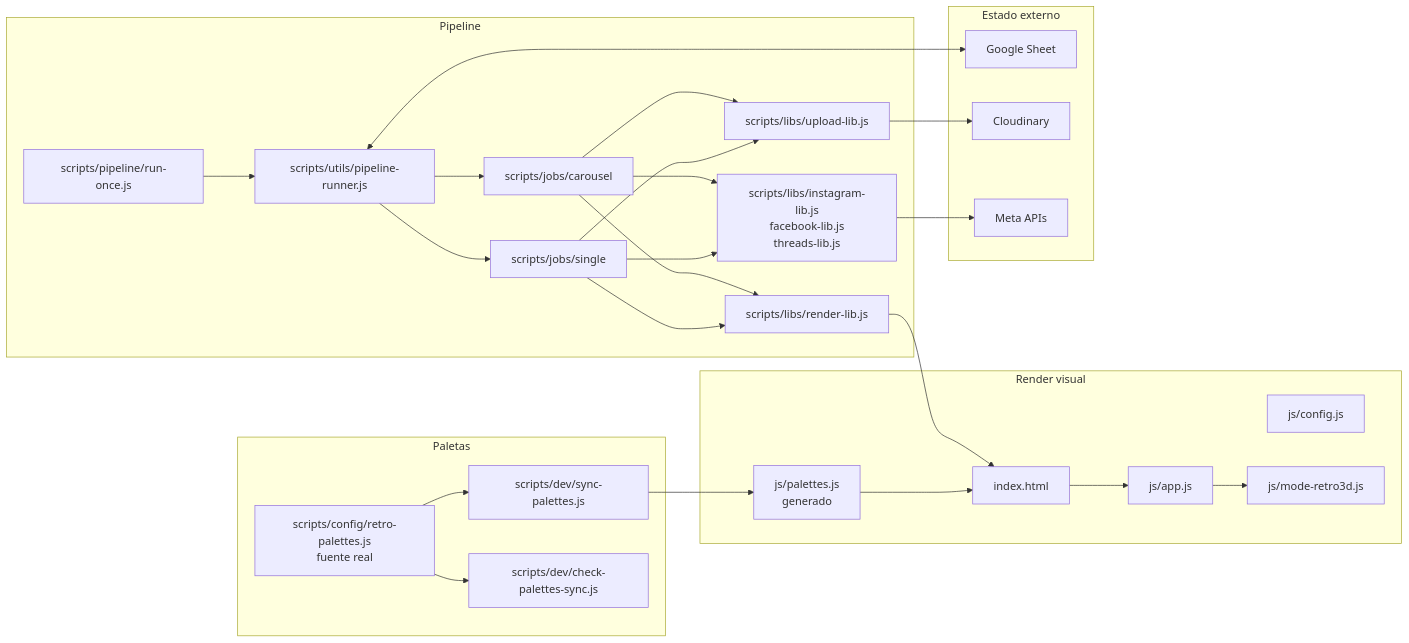
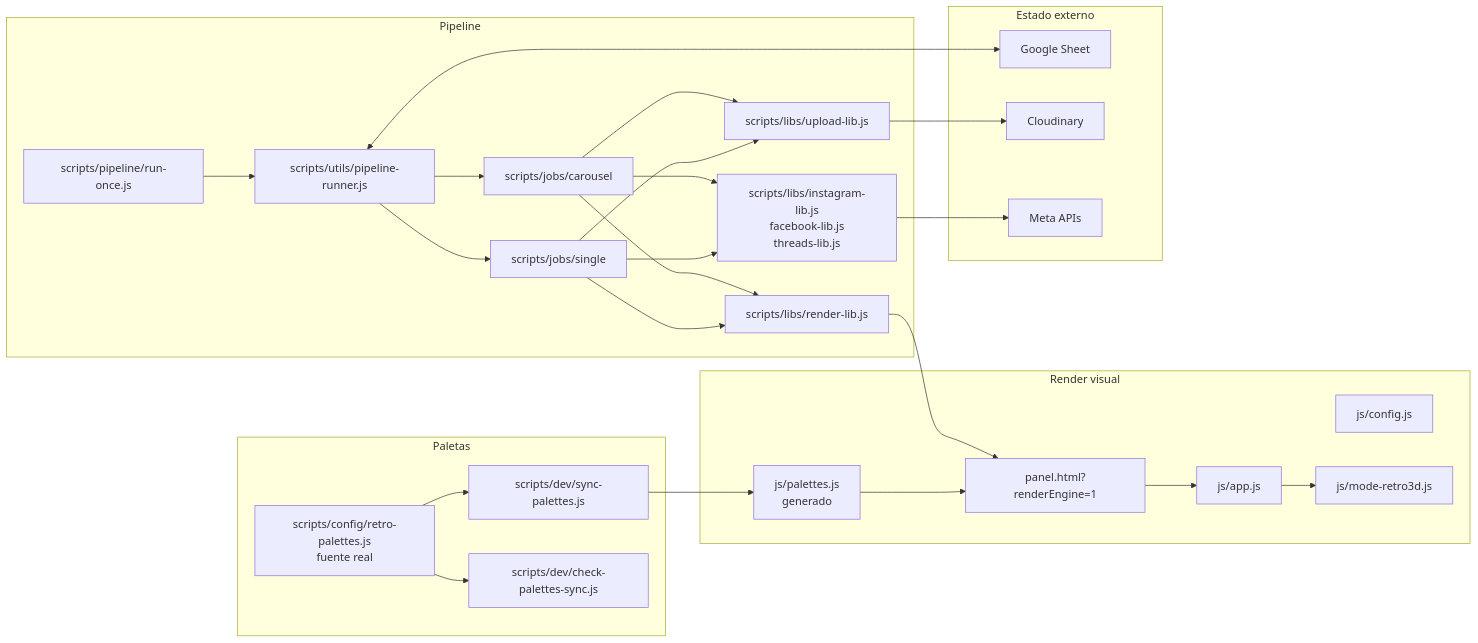
Before and after one commit to viktoriavikulya/frase-generator-v2: the third of 3 diagrams in docs/architecture/mapa-del-proyecto.md, drawn with Mermaid. The commit also changed other lines of this file and 9 other files, not shown here.

Commit message:
refactor: remove standalone index render engine

````diff
--- a/docs/architecture/mapa-del-proyecto.md
+++ b/docs/architecture/mapa-del-proyecto.md
@@ -103,47 +104,47 @@
 ```mermaid
 flowchart LR
   subgraph Render["Render visual"]
-    A[index.html]
+    A[panel.html?renderEngine=1]
     B[js/app.js]
     C[js/config.js]
     D[js/mode-retro3d.js]
     E[js/palettes.js<br/>generado]
   end
 
   subgraph Paletas["Paletas"]
     F[scripts/config/retro-palettes.js<br/>fuente real]
     G[scripts/dev/sync-palettes.js]
     H[scripts/dev/check-palettes-sync.js]
   end
 
   subgraph Pipeline["Pipeline"]
     I[scripts/pipeline/run-once.js]
     J[scripts/utils/pipeline-runner.js]
     K[scripts/jobs/single]
     L[scripts/jobs/carousel]
     M[scripts/libs/render-lib.js]
     N[scripts/libs/upload-lib.js]
     O[scripts/libs/instagram-lib.js<br/>facebook-lib.js<br/>threads-lib.js]
   end
 
   subgraph Estado["Estado externo"]
     P[Google Sheet]
     Q[Cloudinary]
     R[Meta APIs]
   end
 
   F --> G --> E
   F --> H
   E --> A
   A --> B --> D
   I --> J
   J --> K
   J --> L
   K --> M --> A
   L --> M
   K --> N --> Q
   L --> N
   K --> O --> R
   L --> O
   J <--> P
 ```
````
